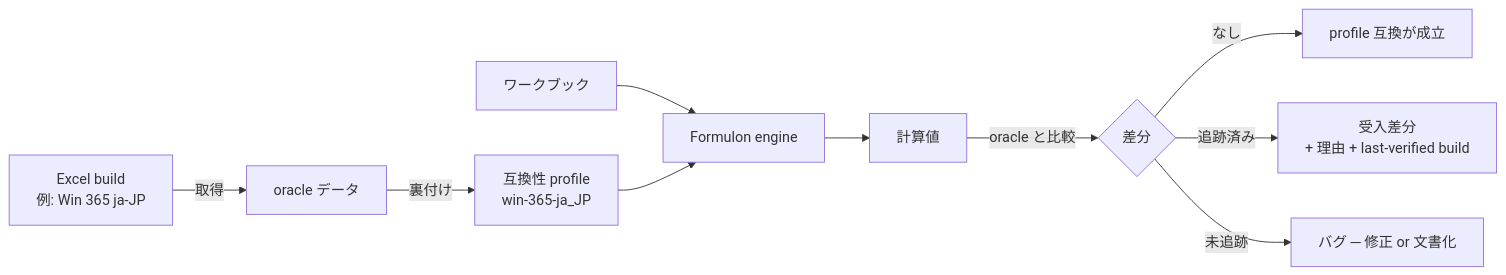
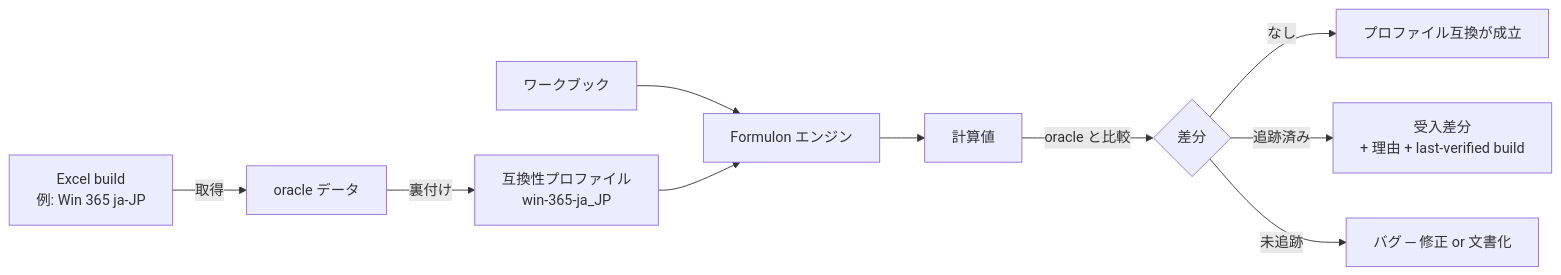
The diagram in src/ja/compatibility/model.md (libraz/formulon-homepage), drawn with Mermaid before and after one commit. The commit also changed other lines of this file and 49 other files, not shown here.

````diff
--- a/src/ja/compatibility/model.md
+++ b/src/ja/compatibility/model.md
@@ -9,12 +9,12 @@
 ```mermaid
 flowchart LR
   EXCEL[Excel build<br/>例: Win 365 ja-JP] -->|取得| ORACLE[oracle データ]
-  ORACLE -->|裏付け| PROFILE[互換性 profile<br/>win-365-ja_JP]
-  WB[ワークブック] --> ENGINE[Formulon engine]
+  ORACLE -->|裏付け| PROFILE[互換性プロファイル<br/>win-365-ja_JP]
+  WB[ワークブック] --> ENGINE[Formulon エンジン]
   PROFILE --> ENGINE
   ENGINE --> RESULT[計算値]
   RESULT -->|oracle と比較| DIVERGE{差分}
-  DIVERGE -->|なし| OK[profile 互換が成立]
+  DIVERGE -->|なし| OK[プロファイル互換が成立]
   DIVERGE -->|追跡済み| NOTE[受入差分<br/>+ 理由 + last-verified build]
   DIVERGE -->|未追跡| BUG[バグ ─ 修正 or 文書化]
 ```
````
